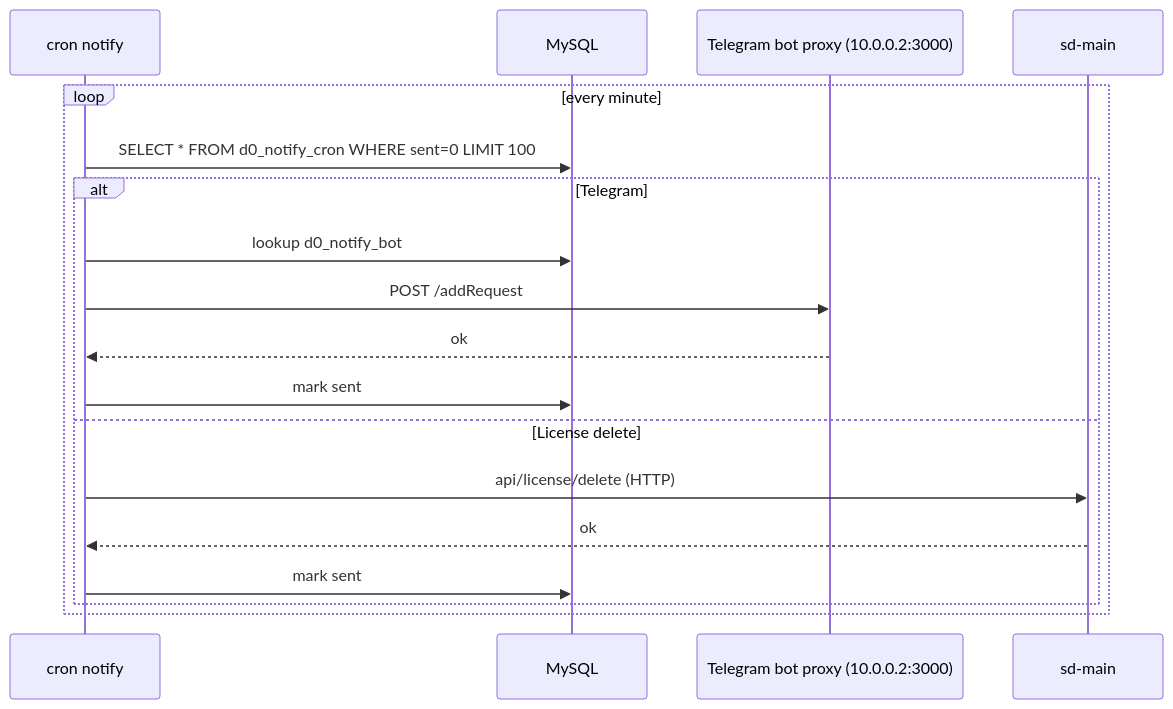
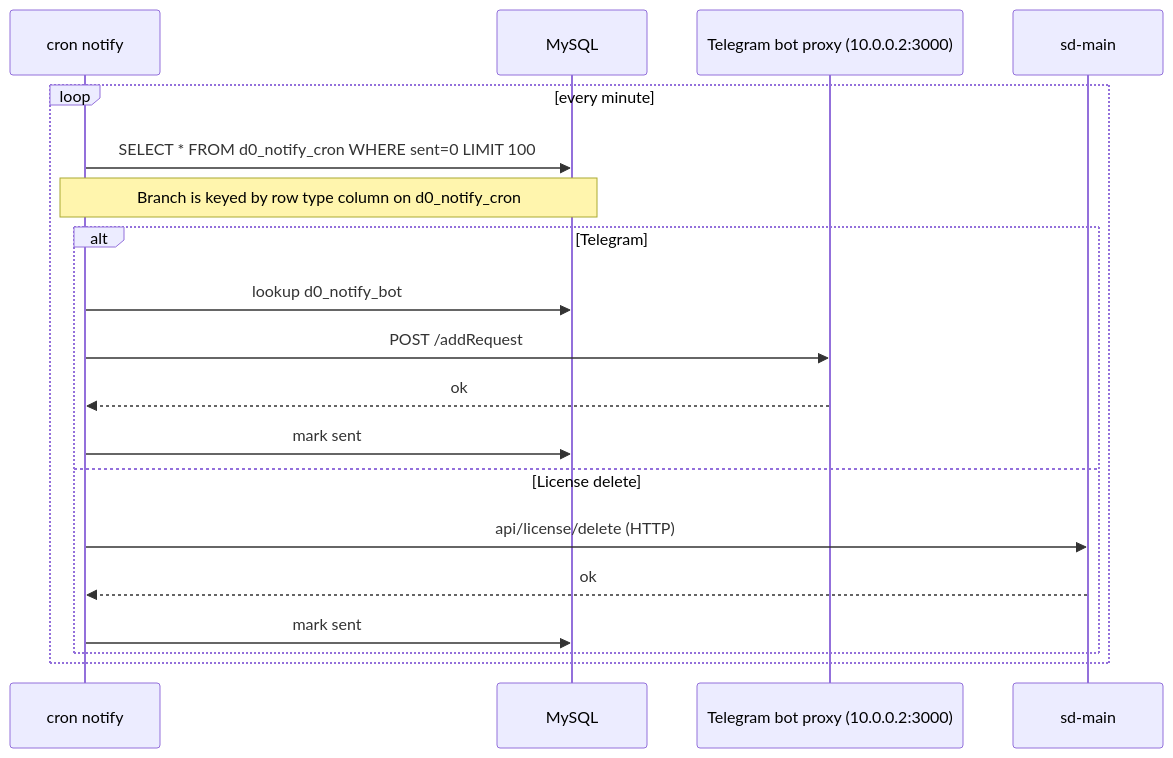
One commit to jamshidtulaganov/sd-doc changed the second of 2 diagrams in docs/sd-billing/cron-and-settlement.md. Above: the diagram before and after it, drawn with Mermaid. The commit also changed 28 other files, not shown here.

````diff
--- a/docs/sd-billing/cron-and-settlement.md
+++ b/docs/sd-billing/cron-and-settlement.md
@@ -49,21 +49,22 @@
 ```mermaid
 sequenceDiagram
   participant CR as cron notify
   participant DB as MySQL
   participant TG as Telegram bot proxy (10.0.0.2:3000)
   participant SD as sd-main
 
   loop every minute
     CR->>DB: SELECT * FROM d0_notify_cron WHERE sent=0 LIMIT 100
+    Note over CR,DB: Branch is keyed by row type column on d0_notify_cron
     alt Telegram
       CR->>DB: lookup d0_notify_bot
       CR->>TG: POST /addRequest
       TG-->>CR: ok
       CR->>DB: mark sent
     else License delete
       CR->>SD: api/license/delete (HTTP)
       SD-->>CR: ok
       CR->>DB: mark sent
     end
   end
 ```
````
